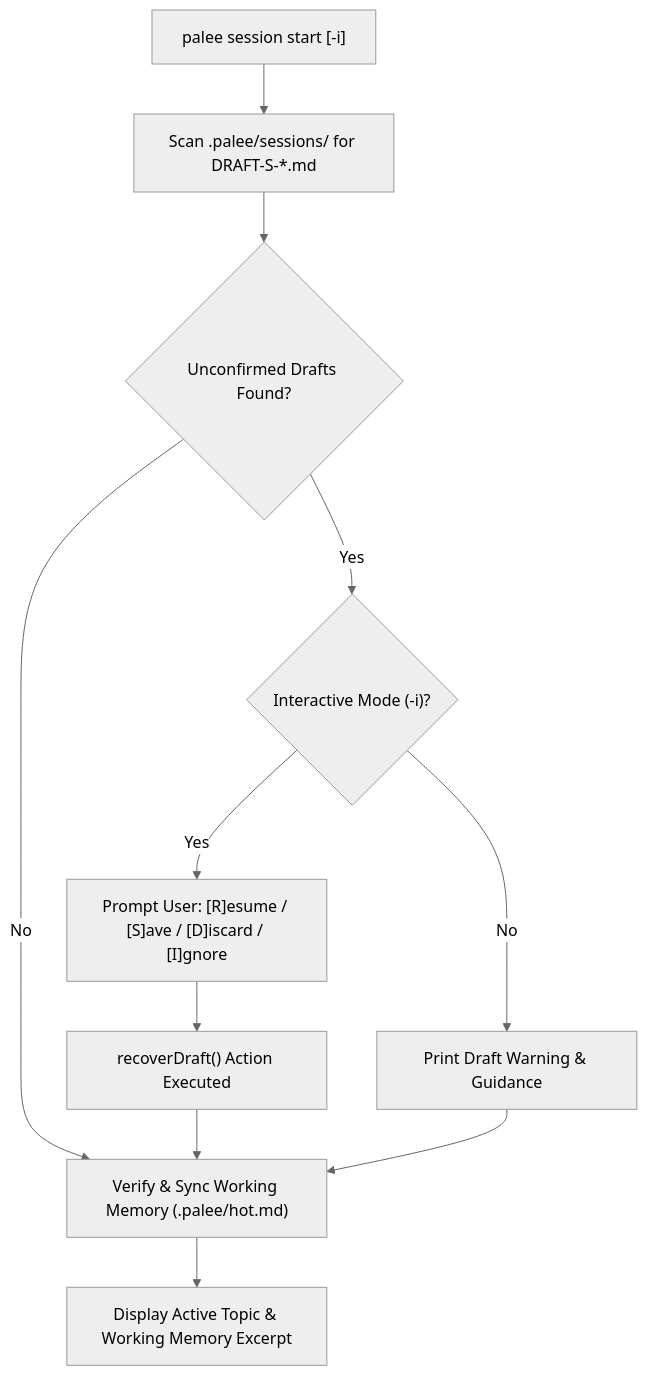
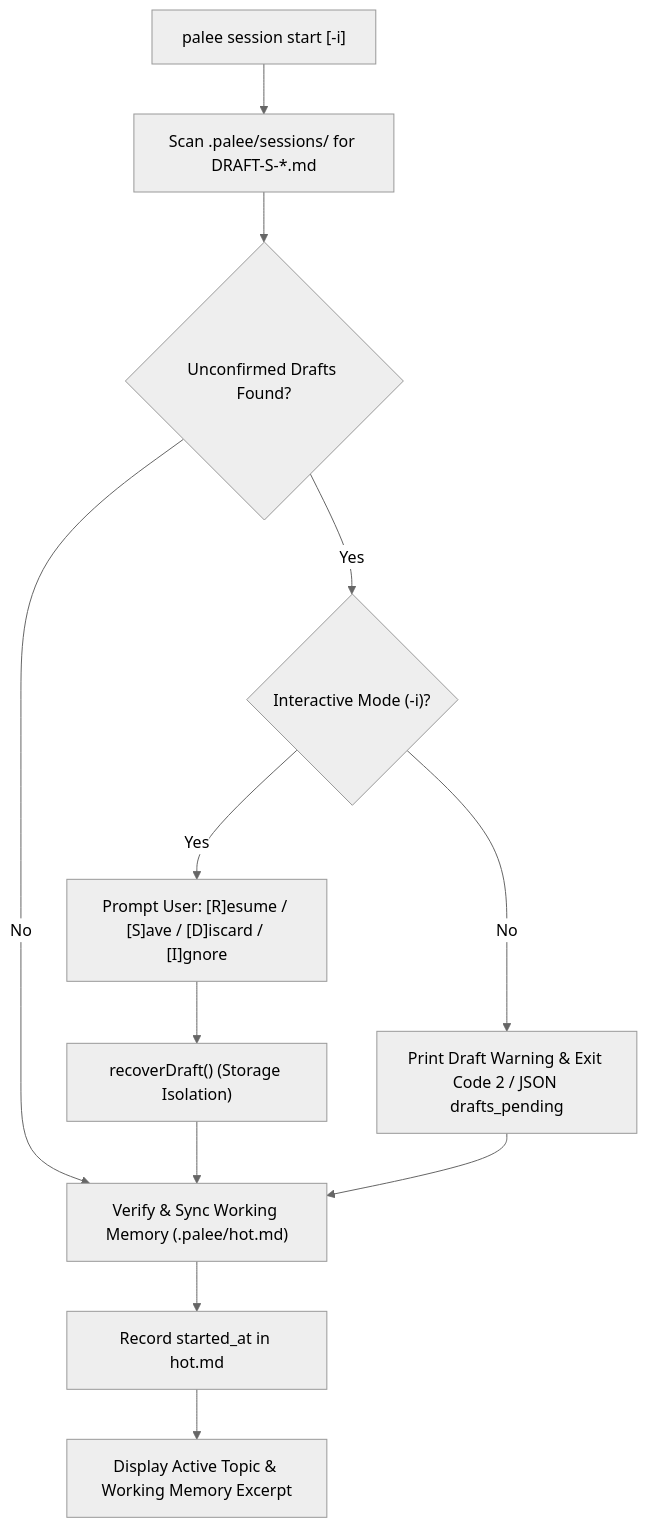
Before and after one commit to Kuldeep2822k/cli: the diagram in docs/02-4-session-management-command.md, drawn with Mermaid (neutral theme). The commit also changed other lines of this file and 35 other files, not shown here.

Commit message:
feat(core): implement Phase 1 storage isolation, session duration, and concurrency resilience (#86, #87, #88, #89, #90, #91)

````diff
--- a/docs/02-4-session-management-command.md
+++ b/docs/02-4-session-management-command.md
@@ -54,17 +55,18 @@
 ```mermaid
 flowchart TD
     StartCmd["palee session start [-i]"] --> ScanDrafts["Scan .palee/sessions/ for DRAFT-S-*.md"]
     
     ScanDrafts --> HasDrafts{"Unconfirmed Drafts Found?"}
     HasDrafts -->|"No"| SyncHot["Verify & Sync Working Memory (.palee/hot.md)"]
     
     HasDrafts -->|"Yes"| InterCheck{"Interactive Mode (-i)?"}
-    InterCheck -->|"No"| WarnDraft["Print Draft Warning & Guidance"]
+    InterCheck -->|"No"| WarnDraft["Print Draft Warning & Exit Code 2 / JSON drafts_pending"]
     InterCheck -->|"Yes"| PromptRecovery["Prompt User: [R]esume / [S]ave / [D]iscard / [I]gnore"]
     
-    PromptRecovery --> ExecuteAction["recoverDraft() Action Executed"]
+    PromptRecovery --> ExecuteAction["recoverDraft() (Storage Isolation)"]
     ExecuteAction --> SyncHot
     WarnDraft --> SyncHot
     
-    SyncHot --> PrintHot["Display Active Topic & Working Memory Excerpt"]
+    SyncHot --> SetStart["Record started_at in hot.md"]
+    SetStart --> PrintHot["Display Active Topic & Working Memory Excerpt"]
 ```
````
